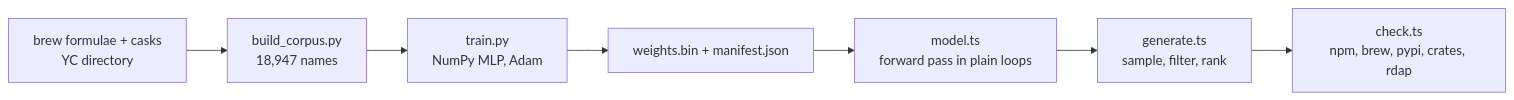
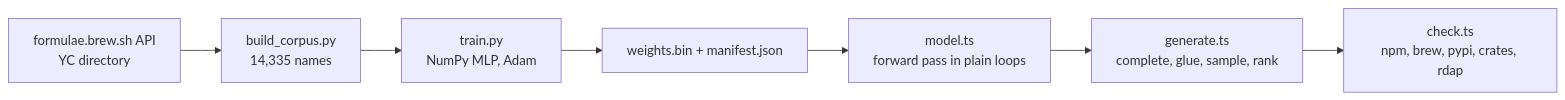
One commit to nitrimandylis/blither changed the diagram in README.md. Above: the diagram before and after it, drawn with Mermaid. The commit also changed other lines of this file and 11 other files, not shown here.

Commit message:
filter the corpus, add hints: completions and word parts scored by the model

````diff
--- a/README.md
+++ b/README.md
@@ -69,9 +70,9 @@
 ```mermaid
 flowchart LR
-    A[brew formulae + casks<br>YC directory] --> B[build_corpus.py<br>18,947 names]
+    A[formulae.brew.sh API<br>YC directory] --> B[build_corpus.py<br>14,335 names]
     B --> C[train.py<br>NumPy MLP, Adam]
     C --> D[weights.bin + manifest.json]
     D --> E[model.ts<br>forward pass in plain loops]
-    E --> F[generate.ts<br>sample, filter, rank]
+    E --> F[generate.ts<br>complete, glue, sample, rank]
     F --> G[check.ts<br>npm, brew, pypi, crates, rdap]
 ```
````
